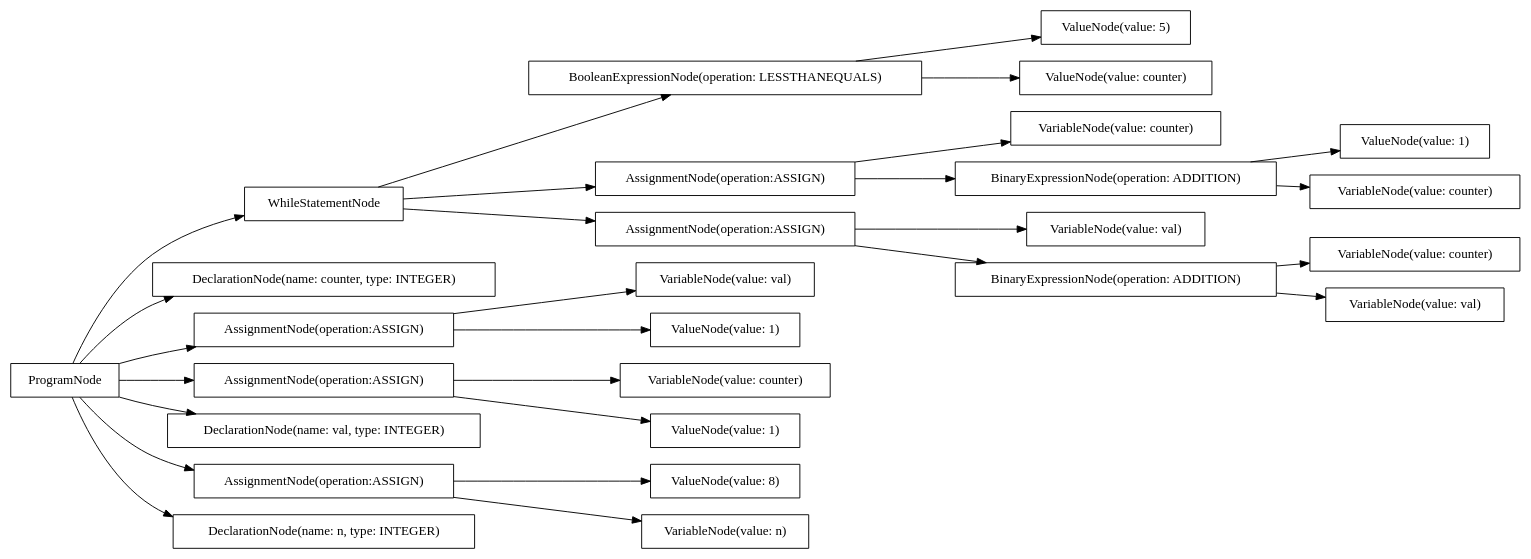
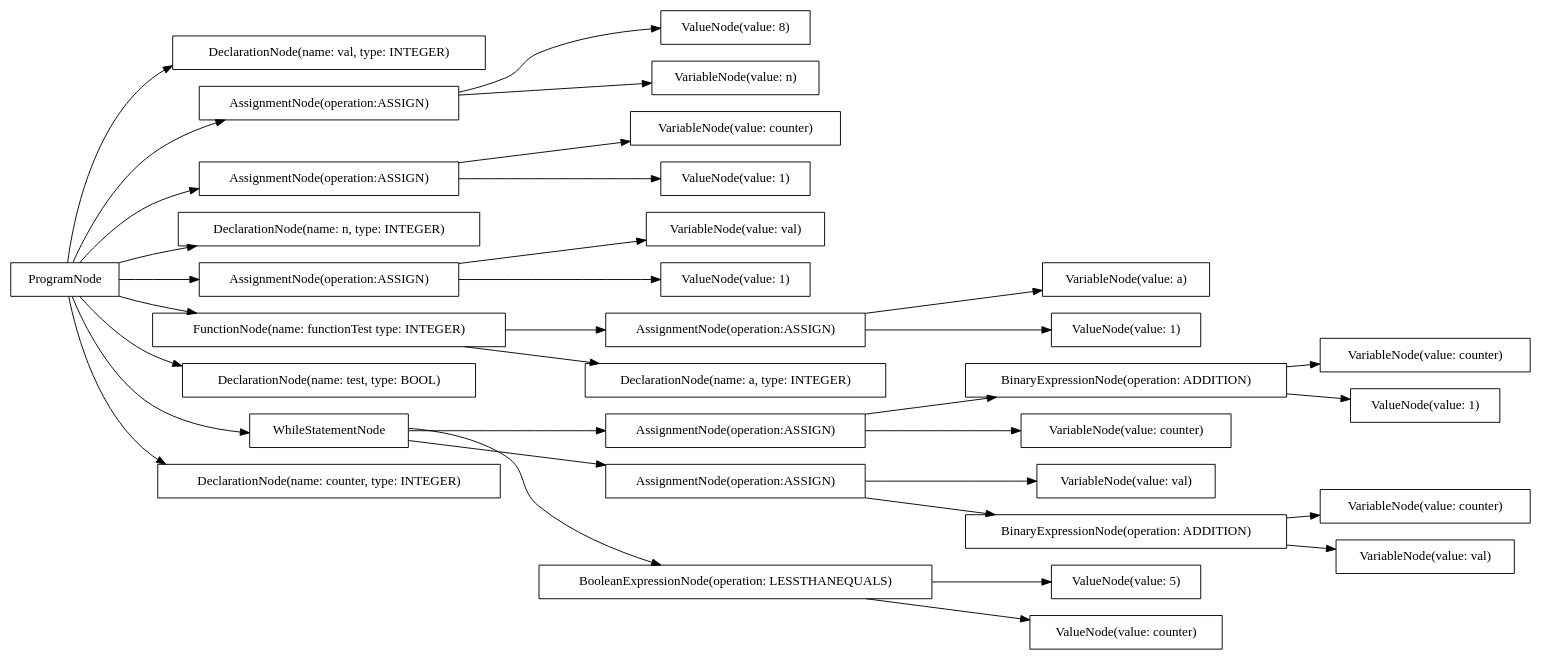
The diagram in src/output/dot/factorial.dot (AtLeastITry/ANTLR-Python-Compiler), drawn with Graphviz before and after one commit. The commit also changed 18 other files, not shown here.

```diff
--- a/src/output/dot/factorial.dot
+++ b/src/output/dot/factorial.dot
@@ -1,56 +1,68 @@
 digraph G {
 rankdir=LR
-"6fd2102f-d493-4cc7-ac6a-f7e1850df1ef" [label="WhileStatementNode" shape="box"];
-"99fc402d-25aa-4be8-8931-03217ed4e596" [label="VariableNode(value: counter)" shape="box"];
-"e16c0368-1d88-4d74-b642-40e976ff4ead" [label="ValueNode(value: 1)" shape="box"];
-"cda90501-4ab4-45f9-bd97-4f4bc5f3c6c9" [label="DeclarationNode(name: counter, type: INTEGER)" shape="box"];
-"1897cff9-5b0f-4518-98f1-3c797cf9ec0d" [label="VariableNode(value: counter)" shape="box"];
-"64b8bd1d-1ce1-43b5-b94c-aeefe2ee7034" [label="ProgramNode" shape="box"];
-"1487a6de-4ae5-4107-9a12-77dd26e6859e" [label="AssignmentNode(operation:ASSIGN)" shape="box"];
-"1aa761e2-72a2-4e33-9770-6d57e743ae3c" [label="VariableNode(value: counter)" shape="box"];
-"d7a25183-2ef9-415b-94f3-23c58cb4cf50" [label="VariableNode(value: val)" shape="box"];
-"3c700728-e6b5-42d3-b119-502dc4f4382c" [label="ValueNode(value: 8)" shape="box"];
-"da97ffae-8a15-4de6-ae34-0cc166c0086d" [label="ValueNode(value: 1)" shape="box"];
-"4424df62-cdc0-4d8b-9207-82fa515e67fc" [label="VariableNode(value: val)" shape="box"];
-"1d421591-de49-498b-bda5-d9e88f20d5ef" [label="AssignmentNode(operation:ASSIGN)" shape="box"];
-"04829030-0b24-4445-90a1-b586bdd7d8f8" [label="DeclarationNode(name: val, type: INTEGER)" shape="box"];
-"a23af5c0-03c0-4048-9626-9c90450d3c92" [label="BinaryExpressionNode(operation: ADDITION)" shape="box"];
-"59843bf3-7016-461b-8852-2782e165d26f" [label="AssignmentNode(operation:ASSIGN)" shape="box"];
-"77c9196f-3119-4704-a55e-db56b44ba718" [label="ValueNode(value: 1)" shape="box"];
-"f3e86696-37c4-4e4d-9315-6aa9fb938339" [label="ValueNode(value: 5)" shape="box"];
-"ad2a2dee-35d8-49e9-b9a5-15c1a4e16892" [label="VariableNode(value: n)" shape="box"];
-"1ce15360-d53a-4855-9e42-f3993319b14b" [label="BooleanExpressionNode(operation: LESSTHANEQUALS)" shape="box"];
-"2fcbf8b4-3ca1-467a-a759-53a4a08883a0" [label="DeclarationNode(name: n, type: INTEGER)" shape="box"];
-"99f95ca3-d0d1-4e97-8969-66a987289ac0" [label="ValueNode(value: counter)" shape="box"];
-"0cee478c-1c99-4fab-ae07-2428a5e4f9ed" [label="AssignmentNode(operation:ASSIGN)" shape="box"];
-"367f1e53-0f62-4da1-8e4b-03573a68d122" [label="VariableNode(value: val)" shape="box"];
-"e49d16b7-4483-4de2-b6de-18c42b0002a8" [label="VariableNode(value: counter)" shape="box"];
-"ed004012-47a3-401d-8c96-8f0dfb7d34b7" [label="AssignmentNode(operation:ASSIGN)" shape="box"];
-"b49666a0-14d3-48e7-ae4f-7e26a3d11c87" [label="BinaryExpressionNode(operation: ADDITION)" shape="box"];
-"64b8bd1d-1ce1-43b5-b94c-aeefe2ee7034" -> "2fcbf8b4-3ca1-467a-a759-53a4a08883a0";
-"64b8bd1d-1ce1-43b5-b94c-aeefe2ee7034" -> "04829030-0b24-4445-90a1-b586bdd7d8f8";
-"64b8bd1d-1ce1-43b5-b94c-aeefe2ee7034" -> "cda90501-4ab4-45f9-bd97-4f4bc5f3c6c9";
-"64b8bd1d-1ce1-43b5-b94c-aeefe2ee7034" -> "59843bf3-7016-461b-8852-2782e165d26f";
-"59843bf3-7016-461b-8852-2782e165d26f" -> "ad2a2dee-35d8-49e9-b9a5-15c1a4e16892";
-"59843bf3-7016-461b-8852-2782e165d26f" -> "3c700728-e6b5-42d3-b119-502dc4f4382c";
-"64b8bd1d-1ce1-43b5-b94c-aeefe2ee7034" -> "1487a6de-4ae5-4107-9a12-77dd26e6859e";
-"1487a6de-4ae5-4107-9a12-77dd26e6859e" -> "d7a25183-2ef9-415b-94f3-23c58cb4cf50";
-"1487a6de-4ae5-4107-9a12-77dd26e6859e" -> "da97ffae-8a15-4de6-ae34-0cc166c0086d";
-"64b8bd1d-1ce1-43b5-b94c-aeefe2ee7034" -> "1d421591-de49-498b-bda5-d9e88f20d5ef";
-"1d421591-de49-498b-bda5-d9e88f20d5ef" -> "99fc402d-25aa-4be8-8931-03217ed4e596";
-"1d421591-de49-498b-bda5-d9e88f20d5ef" -> "77c9196f-3119-4704-a55e-db56b44ba718";
-"64b8bd1d-1ce1-43b5-b94c-aeefe2ee7034" -> "6fd2102f-d493-4cc7-ac6a-f7e1850df1ef";
-"6fd2102f-d493-4cc7-ac6a-f7e1850df1ef" -> "1ce15360-d53a-4855-9e42-f3993319b14b";
-"1ce15360-d53a-4855-9e42-f3993319b14b" -> "99f95ca3-d0d1-4e97-8969-66a987289ac0";
-"1ce15360-d53a-4855-9e42-f3993319b14b" -> "f3e86696-37c4-4e4d-9315-6aa9fb938339";
-"6fd2102f-d493-4cc7-ac6a-f7e1850df1ef" -> "ed004012-47a3-401d-8c96-8f0dfb7d34b7";
-"ed004012-47a3-401d-8c96-8f0dfb7d34b7" -> "4424df62-cdc0-4d8b-9207-82fa515e67fc";
-"ed004012-47a3-401d-8c96-8f0dfb7d34b7" -> "a23af5c0-03c0-4048-9626-9c90450d3c92";
-"a23af5c0-03c0-4048-9626-9c90450d3c92" -> "367f1e53-0f62-4da1-8e4b-03573a68d122";
-"a23af5c0-03c0-4048-9626-9c90450d3c92" -> "1897cff9-5b0f-4518-98f1-3c797cf9ec0d";
-"6fd2102f-d493-4cc7-ac6a-f7e1850df1ef" -> "0cee478c-1c99-4fab-ae07-2428a5e4f9ed";
-"0cee478c-1c99-4fab-ae07-2428a5e4f9ed" -> "e49d16b7-4483-4de2-b6de-18c42b0002a8";
-"0cee478c-1c99-4fab-ae07-2428a5e4f9ed" -> "b49666a0-14d3-48e7-ae4f-7e26a3d11c87";
-"b49666a0-14d3-48e7-ae4f-7e26a3d11c87" -> "1aa761e2-72a2-4e33-9770-6d57e743ae3c";
-"b49666a0-14d3-48e7-ae4f-7e26a3d11c87" -> "e16c0368-1d88-4d74-b642-40e976ff4ead";
+"a6aae42f-f2d4-47e8-8720-0b60cbef6cd6" [label="VariableNode(value: counter)" shape="box"];
+"dba567da-0796-49ac-bfee-46a8832f21a8" [label="AssignmentNode(operation:ASSIGN)" shape="box"];
+"9562c9d7-33f7-436f-b0fd-26cb10ce90d0" [label="DeclarationNode(name: a, type: INTEGER)" shape="box"];
+"b8f59734-86a3-42f4-a3df-2173dc5e8961" [label="VariableNode(value: val)" shape="box"];
+"d1224dda-33b8-4154-9330-8b6b8f9753d0" [label="AssignmentNode(operation:ASSIGN)" shape="box"];
+"1ef46520-9207-446d-8b92-294060ec34ca" [label="DeclarationNode(name: val, type: INTEGER)" shape="box"];
+"7a727f00-e200-4d1e-9d38-235305080884" [label="VariableNode(value: counter)" shape="box"];
+"2ca65ab7-af0a-430d-8fd9-dc7cb6f053cf" [label="AssignmentNode(operation:ASSIGN)" shape="box"];
+"bceeac9a-6efc-4092-b18b-98ac20b02f41" [label="VariableNode(value: val)" shape="box"];
+"243c51b7-8fda-411d-882a-c39b46f14ec1" [label="AssignmentNode(operation:ASSIGN)" shape="box"];
+"93b3dc79-7d9d-469c-8513-246103486661" [label="VariableNode(value: counter)" shape="box"];
+"6defaf14-cebd-4363-9f88-3fb8053e54be" [label="AssignmentNode(operation:ASSIGN)" shape="box"];
+"dad57ef6-b611-42f3-b7d8-be2dfa8e8eec" [label="ValueNode(value: 5)" shape="box"];
+"0aaad97c-e106-42b9-b808-637a9ef1e933" [label="BinaryExpressionNode(operation: ADDITION)" shape="box"];
+"d4b9233b-3b8b-4d69-b1df-8c3e80188cc4" [label="ValueNode(value: 1)" shape="box"];
+"8e8168ca-5d1b-4629-ba4f-aeb0cc6eb1b7" [label="ValueNode(value: 8)" shape="box"];
+"2eeb7d9b-212f-429c-883c-13d418d4e61e" [label="VariableNode(value: a)" shape="box"];
+"284975a5-097c-4ce4-90ec-ce14b44d5b20" [label="ValueNode(value: 1)" shape="box"];
+"15d20879-5de4-4d49-b023-6ee0ae36a5d0" [label="BooleanExpressionNode(operation: LESSTHANEQUALS)" shape="box"];
+"e8f10aac-44ed-4133-abf1-fad904dd2c53" [label="ProgramNode" shape="box"];
+"44fb4525-0d5e-447d-a8eb-9368a086b610" [label="DeclarationNode(name: n, type: INTEGER)" shape="box"];
+"f9bece92-9128-4cf9-a38c-813c55527ef7" [label="VariableNode(value: counter)" shape="box"];
+"dbc70028-a4f8-43d4-8951-33284d140bc5" [label="ValueNode(value: 1)" shape="box"];
+"36da140f-a06a-4caf-9fde-e04e6080442c" [label="BinaryExpressionNode(operation: ADDITION)" shape="box"];
+"abe0edd1-ff05-4dde-b08f-c194ca86d6d9" [label="VariableNode(value: val)" shape="box"];
+"4ad25164-9c69-419f-81ab-6854030abbc5" [label="AssignmentNode(operation:ASSIGN)" shape="box"];
+"daf774b6-4119-4e2d-9659-f4e5b700de7b" [label="ValueNode(value: 1)" shape="box"];
+"a6084420-0082-47ec-a057-3fec57def397" [label="FunctionNode(name: functionTest type: INTEGER)" shape="box"];
+"20e18148-7553-4059-a172-fc657017c157" [label="VariableNode(value: n)" shape="box"];
+"576cd115-a578-450c-8348-ba79801b1d11" [label="DeclarationNode(name: test, type: BOOL)" shape="box"];
+"5ef29d01-216c-4f48-8d22-49bac4be0308" [label="WhileStatementNode" shape="box"];
+"f5b3269d-2ae6-49b6-ba87-7b6f2aa2ec4d" [label="ValueNode(value: counter)" shape="box"];
+"5383793b-18af-4e12-818c-b228a0cf6651" [label="DeclarationNode(name: counter, type: INTEGER)" shape="box"];
+"e8f10aac-44ed-4133-abf1-fad904dd2c53" -> "44fb4525-0d5e-447d-a8eb-9368a086b610";
+"e8f10aac-44ed-4133-abf1-fad904dd2c53" -> "1ef46520-9207-446d-8b92-294060ec34ca";
+"e8f10aac-44ed-4133-abf1-fad904dd2c53" -> "5383793b-18af-4e12-818c-b228a0cf6651";
+"e8f10aac-44ed-4133-abf1-fad904dd2c53" -> "576cd115-a578-450c-8348-ba79801b1d11";
+"e8f10aac-44ed-4133-abf1-fad904dd2c53" -> "a6084420-0082-47ec-a057-3fec57def397";
+"a6084420-0082-47ec-a057-3fec57def397" -> "9562c9d7-33f7-436f-b0fd-26cb10ce90d0";
+"a6084420-0082-47ec-a057-3fec57def397" -> "dba567da-0796-49ac-bfee-46a8832f21a8";
+"dba567da-0796-49ac-bfee-46a8832f21a8" -> "2eeb7d9b-212f-429c-883c-13d418d4e61e";
+"dba567da-0796-49ac-bfee-46a8832f21a8" -> "daf774b6-4119-4e2d-9659-f4e5b700de7b";
+"e8f10aac-44ed-4133-abf1-fad904dd2c53" -> "2ca65ab7-af0a-430d-8fd9-dc7cb6f053cf";
+"2ca65ab7-af0a-430d-8fd9-dc7cb6f053cf" -> "20e18148-7553-4059-a172-fc657017c157";
+"2ca65ab7-af0a-430d-8fd9-dc7cb6f053cf" -> "8e8168ca-5d1b-4629-ba4f-aeb0cc6eb1b7";
+"e8f10aac-44ed-4133-abf1-fad904dd2c53" -> "4ad25164-9c69-419f-81ab-6854030abbc5";
+"4ad25164-9c69-419f-81ab-6854030abbc5" -> "b8f59734-86a3-42f4-a3df-2173dc5e8961";
+"4ad25164-9c69-419f-81ab-6854030abbc5" -> "284975a5-097c-4ce4-90ec-ce14b44d5b20";
+"e8f10aac-44ed-4133-abf1-fad904dd2c53" -> "6defaf14-cebd-4363-9f88-3fb8053e54be";
+"6defaf14-cebd-4363-9f88-3fb8053e54be" -> "93b3dc79-7d9d-469c-8513-246103486661";
+"6defaf14-cebd-4363-9f88-3fb8053e54be" -> "dbc70028-a4f8-43d4-8951-33284d140bc5";
+"e8f10aac-44ed-4133-abf1-fad904dd2c53" -> "5ef29d01-216c-4f48-8d22-49bac4be0308";
+"5ef29d01-216c-4f48-8d22-49bac4be0308" -> "15d20879-5de4-4d49-b023-6ee0ae36a5d0";
+"15d20879-5de4-4d49-b023-6ee0ae36a5d0" -> "f5b3269d-2ae6-49b6-ba87-7b6f2aa2ec4d";
+"15d20879-5de4-4d49-b023-6ee0ae36a5d0" -> "dad57ef6-b611-42f3-b7d8-be2dfa8e8eec";
+"5ef29d01-216c-4f48-8d22-49bac4be0308" -> "243c51b7-8fda-411d-882a-c39b46f14ec1";
+"243c51b7-8fda-411d-882a-c39b46f14ec1" -> "bceeac9a-6efc-4092-b18b-98ac20b02f41";
+"243c51b7-8fda-411d-882a-c39b46f14ec1" -> "36da140f-a06a-4caf-9fde-e04e6080442c";
+"36da140f-a06a-4caf-9fde-e04e6080442c" -> "abe0edd1-ff05-4dde-b08f-c194ca86d6d9";
+"36da140f-a06a-4caf-9fde-e04e6080442c" -> "a6aae42f-f2d4-47e8-8720-0b60cbef6cd6";
+"5ef29d01-216c-4f48-8d22-49bac4be0308" -> "d1224dda-33b8-4154-9330-8b6b8f9753d0";
+"d1224dda-33b8-4154-9330-8b6b8f9753d0" -> "f9bece92-9128-4cf9-a38c-813c55527ef7";
+"d1224dda-33b8-4154-9330-8b6b8f9753d0" -> "0aaad97c-e106-42b9-b808-637a9ef1e933";
+"0aaad97c-e106-42b9-b808-637a9ef1e933" -> "7a727f00-e200-4d1e-9d38-235305080884";
+"0aaad97c-e106-42b9-b808-637a9ef1e933" -> "d4b9233b-3b8b-4d69-b1df-8c3e80188cc4";
 }
```
